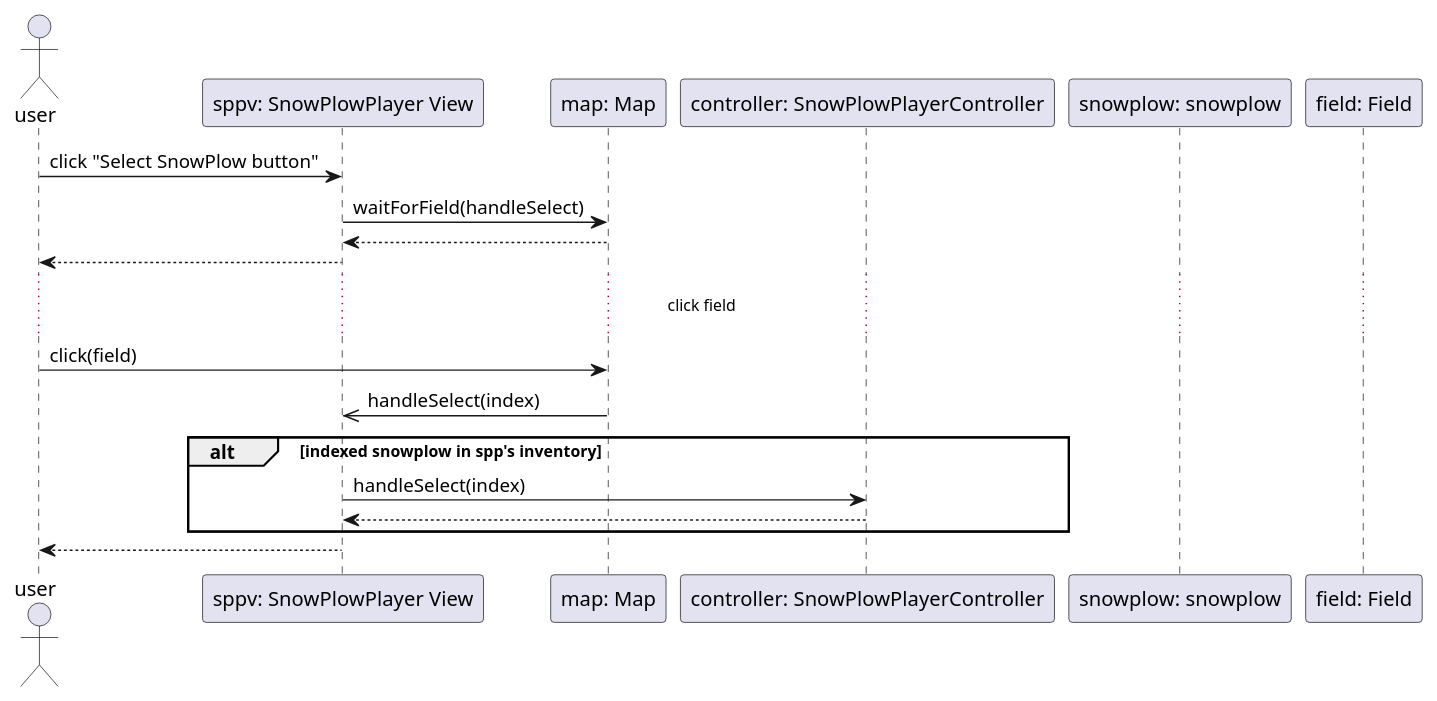
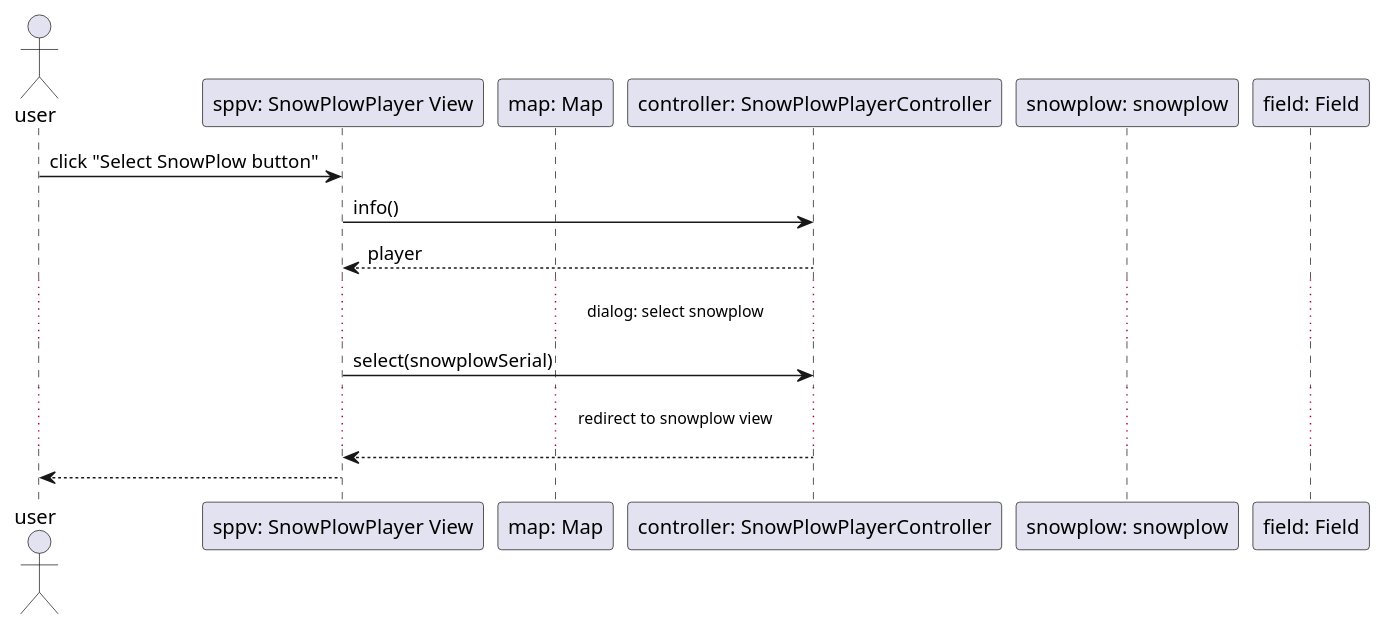
One commit to uhrinandor/spring changed the diagram in docs/graphics/sequence/snowplowplayer/selectSnowPlow.plantuml. Above: the diagram before and after it, drawn with PlantUML. The commit also changed 7 other files, not shown here.

```diff
--- a/docs/graphics/sequence/snowplowplayer/selectSnowPlow.plantuml
+++ b/docs/graphics/sequence/snowplowplayer/selectSnowPlow.plantuml
@@ -1,24 +1,19 @@
 @startuml
 
 actor "user" as user
 participant "sppv: SnowPlowPlayer View" as sppv
 participant "map: Map" as map
 participant "controller: SnowPlowPlayerController" as controller
 participant "snowplow: snowplow" as 1
 participant "field: Field" as field1
 
 user -> sppv: click "Select SnowPlow button"
-sppv -> map: waitForField(handleSelect)
-
-map --> sppv:
-sppv --> user:
-   ... click field ...
-user -> map: click(field)
-map ->> sppv: handleSelect(index)
-alt indexed snowplow in spp's inventory
-sppv -> controller: handleSelect(index)
+sppv -> controller: info()
+controller --> sppv: player
+... dialog: select snowplow ...
+sppv -> controller: select(snowplowSerial)
+... redirect to snowplow view ...
 controller --> sppv:
-end
 sppv --> user:
 
 @enduml
```
